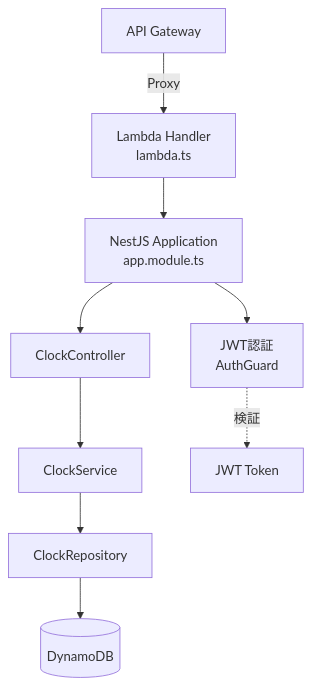
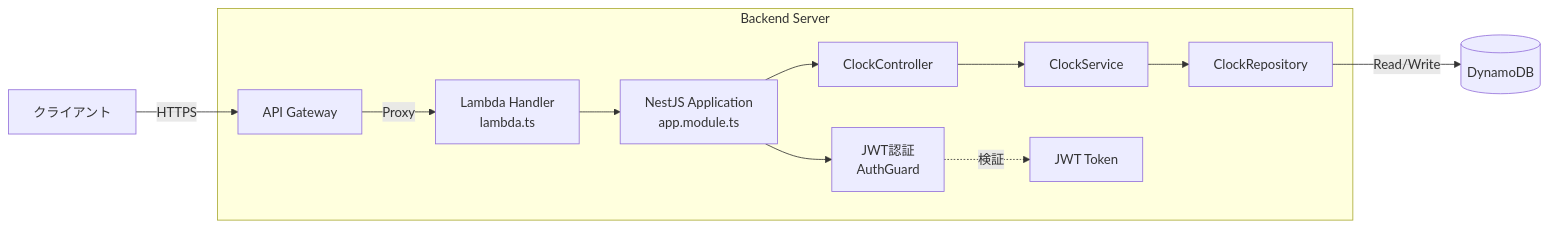
Before and after one commit to goataka/attendance-kit: the diagram in apps/backend/README.md, drawn with Mermaid. The commit also changed 1 other file, not shown here.

Commit message:
構成図を改善：横向き表示とサーバー部分の枠追加

````diff
--- a/apps/backend/README.md
+++ b/apps/backend/README.md
@@ -7,14 +7,19 @@
 ```mermaid
-graph TB
-    APIGW[API Gateway] -->|Proxy| Lambda[Lambda Handler<br/>lambda.ts]
-    Lambda --> NestApp[NestJS Application<br/>app.module.ts]
+graph LR
+    Client[クライアント] -->|HTTPS| APIGW[API Gateway]
     
-    NestApp --> ClockController[ClockController]
-    NestApp --> AuthGuard[JWT認証<br/>AuthGuard]
+    subgraph "Backend Server"
+        APIGW -->|Proxy| Lambda[Lambda Handler<br/>lambda.ts]
+        Lambda --> NestApp[NestJS Application<br/>app.module.ts]
+        
+        NestApp --> ClockController[ClockController]
+        NestApp --> AuthGuard[JWT認証<br/>AuthGuard]
+        
+        ClockController --> ClockService[ClockService]
+        ClockService --> ClockRepo[ClockRepository]
+        
+        AuthGuard -.検証.-> JWT[JWT Token]
+    end
     
-    ClockController --> ClockService[ClockService]
-    ClockService --> ClockRepo[ClockRepository]
-    ClockRepo --> DDB[(DynamoDB)]
-    
-    AuthGuard -.検証.-> JWT[JWT Token]
+    ClockRepo -->|Read/Write| DDB[(DynamoDB)]
 ```
````
